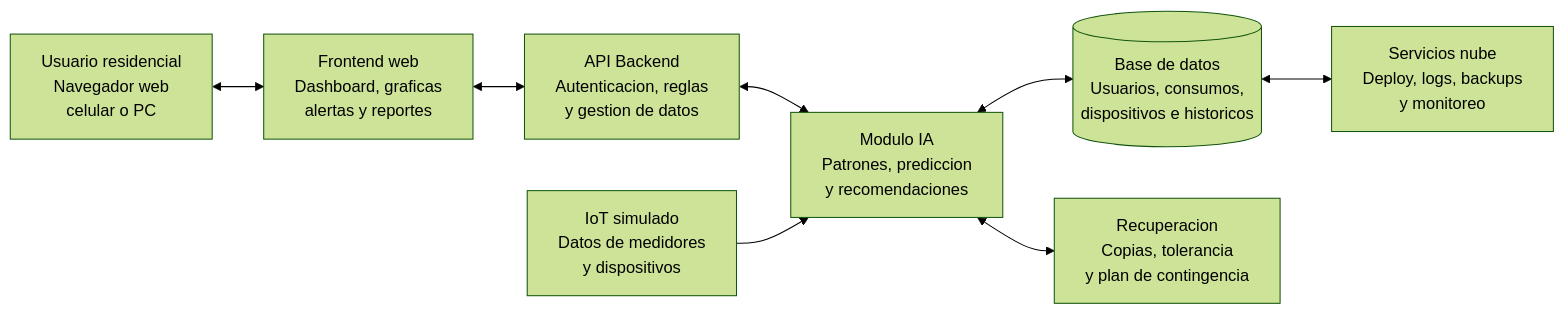
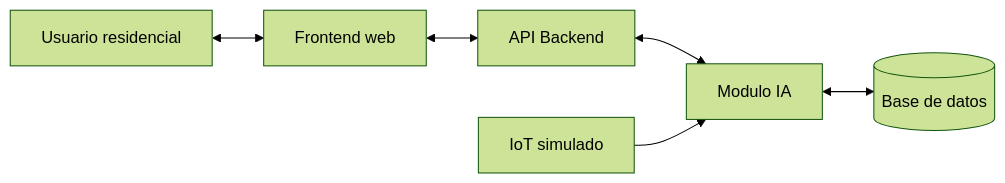
Before and after one commit to Jpesjp/SolIntel_SistemasOperativos_G8: the first of 2 diagrams in README.md, drawn with Mermaid (forest theme). The commit also changed other lines of this file, not shown here.

````diff
--- a/README.md
+++ b/README.md
@@ -752,18 +77,7 @@
 ```mermaid
 flowchart LR
-    U["Usuario residencial<br/>Navegador web<br/>celular o PC"]
-    F["Frontend web<br/>Dashboard, graficas<br/>alertas y reportes"]
-    A["API Backend<br/>Autenticacion, reglas<br/>y gestion de datos"]
-    IA["Modulo IA<br/>Patrones, prediccion<br/>y recomendaciones"]
-    DB[("Base de datos<br/>Usuarios, consumos,<br/>dispositivos e historicos")]
-    IOT["IoT simulado<br/>Datos de medidores<br/>y dispositivos"]
-    N["Servicios nube<br/>Deploy, logs, backups<br/>y monitoreo"]
-    R["Recuperacion<br/>Copias, tolerancia<br/>y plan de contingencia"]
-
-    U <--> F <--> A
-    A <--> IA
-    IA <--> DB
-    IOT --> IA
-    DB <--> N
-    IA <--> R
+    U["Usuario residencial"] <--> F["Frontend web"] <--> A["API Backend"]
+    A <--> IA["Modulo IA"]
+    IA <--> DB[("Base de datos")]
+    IOT["IoT simulado"] --> IA
 ```
````
